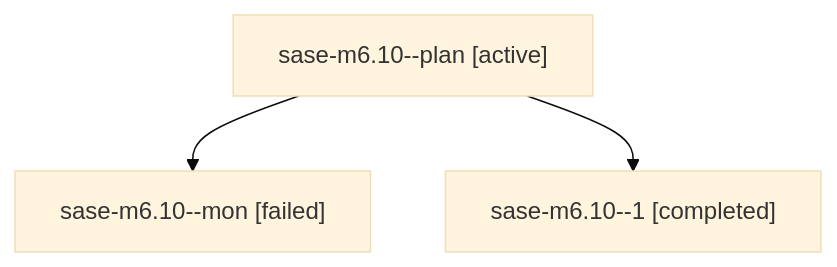
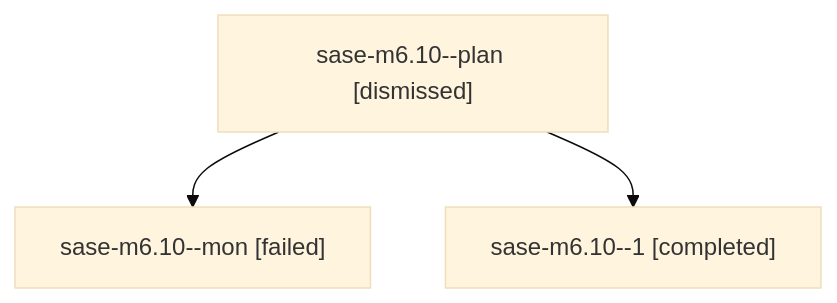
The diagram in sessions/bbugyi200.athena.sase-m6.10.md (sase-org/sase--agents), drawn with Mermaid (base theme) before and after one commit. The commit also changed other lines of this file and 187 other files, not shown here.

````diff
--- a/sessions/bbugyi200.athena.sase-m6.10.md
+++ b/sessions/bbugyi200.athena.sase-m6.10.md
@@ -9,8 +9,8 @@
 ```mermaid
 flowchart TD
-  n0["sase-m6.10--plan [active]"]
+  n0["sase-m6.10--plan [dismissed]"]
   n1["sase-m6.10--mon [failed]"]
   n0 --> n1
   n2["sase-m6.10--1 [completed]"]
   n0 --> n2
 ```
````
